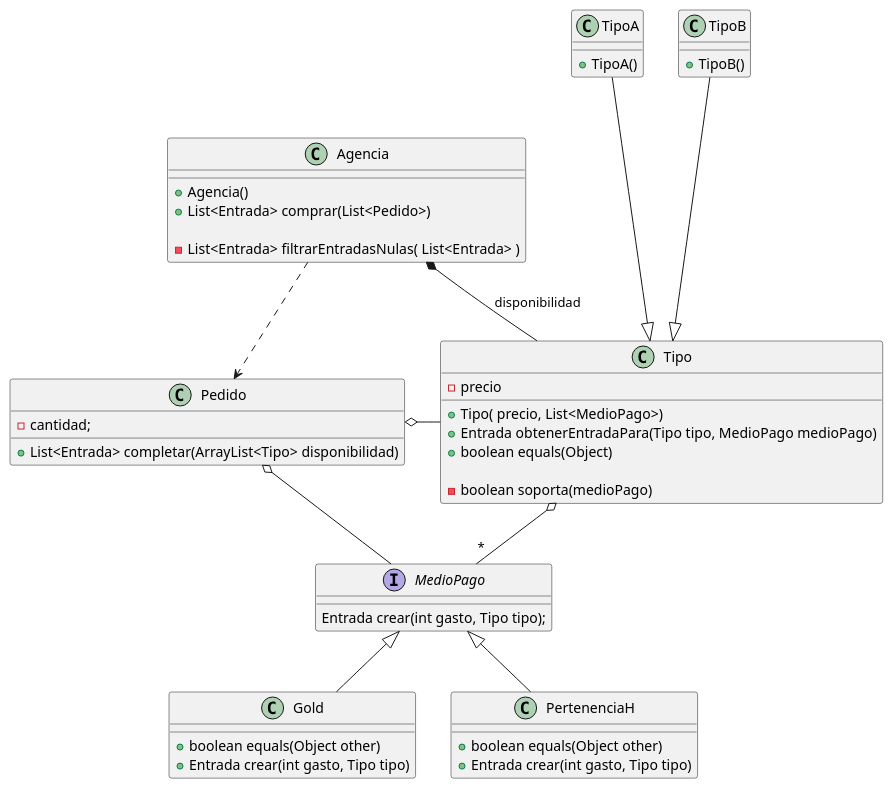
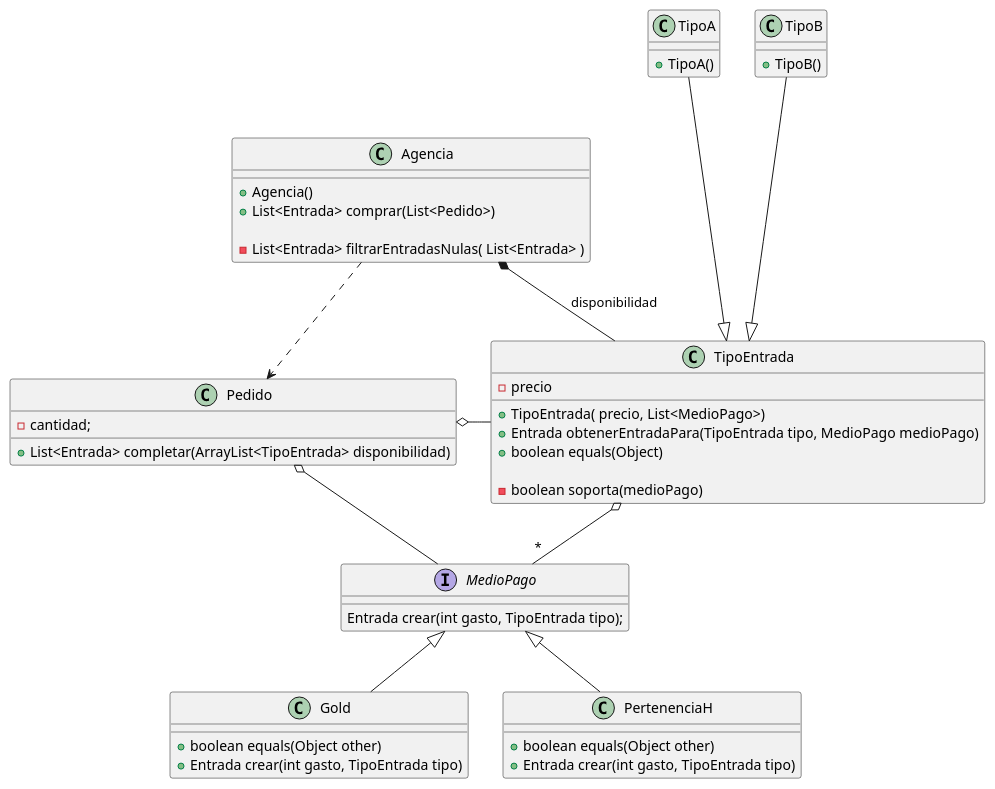
Before and after one commit to fiuba/algo3_recital: the diagram in diagrams/exercise_01/dc.plantuml, drawn with PlantUML. The commit also changed 11 other files, not shown here.

Commit message:
Cambio tipo por tipoEntrada

```diff
--- a/diagrams/exercise_01/dc.plantuml
+++ b/diagrams/exercise_01/dc.plantuml
@@ -1,65 +1,65 @@
 @startuml
 class Agencia {
 
     + Agencia()
     + List<Entrada> comprar(List<Pedido>)
 
     - List<Entrada> filtrarEntradasNulas( List<Entrada> )
 }
 
 class Pedido {
     - cantidad;
 
-    + List<Entrada> completar(ArrayList<Tipo> disponibilidad)
+    + List<Entrada> completar(ArrayList<TipoEntrada> disponibilidad)
 }
-class Tipo {
+class TipoEntrada {
     - precio
 
-    + Tipo( precio, List<MedioPago>)
-    + Entrada obtenerEntradaPara(Tipo tipo, MedioPago medioPago)
+    + TipoEntrada( precio, List<MedioPago>)
+    + Entrada obtenerEntradaPara(TipoEntrada tipo, MedioPago medioPago)
     + boolean equals(Object)
 
     - boolean soporta(medioPago)
 }
 
 class TipoA {
 
     + TipoA()
 }
 
 class TipoB {
 
     + TipoB()
 }
 
 interface MedioPago {
-    Entrada crear(int gasto, Tipo tipo);
+    Entrada crear(int gasto, TipoEntrada tipo);
 }
 
 class Gold {
 
     + boolean equals(Object other)
-    + Entrada crear(int gasto, Tipo tipo)
+    + Entrada crear(int gasto, TipoEntrada tipo)
 
 }
 
 class PertenenciaH {
 
     + boolean equals(Object other)
-    + Entrada crear(int gasto, Tipo tipo)
+    + Entrada crear(int gasto, TipoEntrada tipo)
 
 }
-Agencia *- Tipo: "disponibilidad"
+Agencia *- TipoEntrada: "disponibilidad"
 Agencia ..> Pedido
 
-TipoA ---|> Tipo
-TipoB ---|> Tipo
+TipoA ---|> TipoEntrada
+TipoB ---|> TipoEntrada
 
-Tipo o-- "*" MedioPago
+TipoEntrada o-- "*" MedioPago
 
 MedioPago <|-- PertenenciaH
 MedioPago <|-- Gold
 
-Pedido o- Tipo
+Pedido o- TipoEntrada
 Pedido o- MedioPago
 @enduml
```
